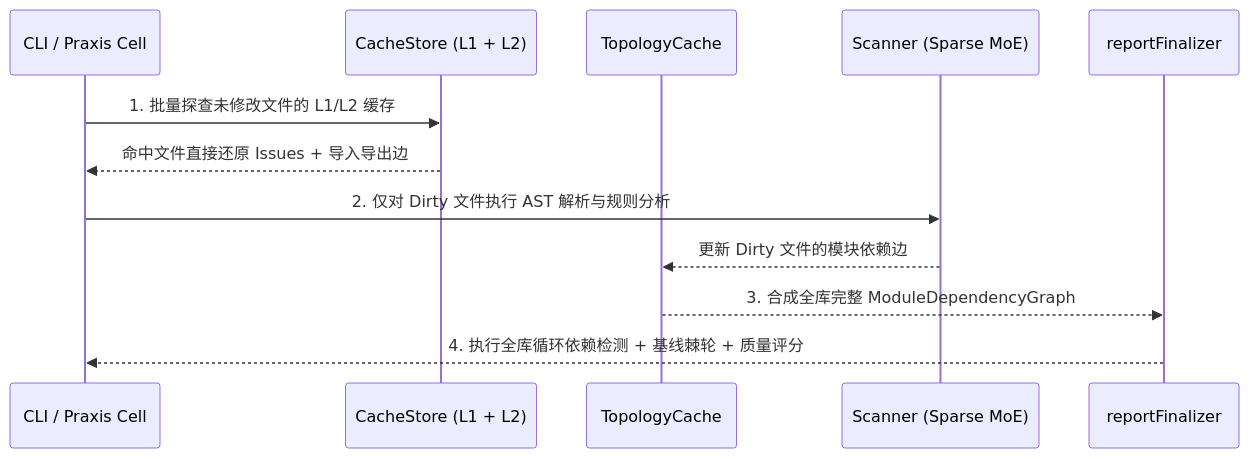
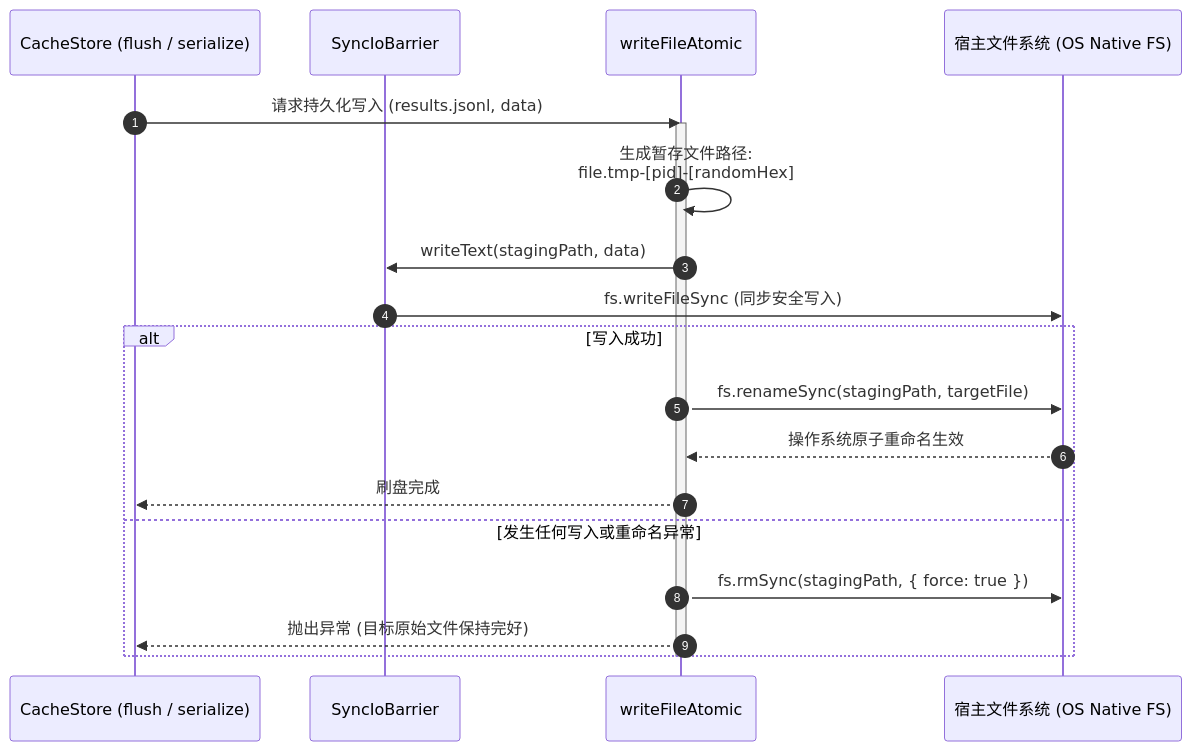
One commit to guilingzhouyi-creator/vscode-extensions changed the fourth of 4 diagrams in auto-refactor/docs/01-architecture/02-pipeline-and-caching.md. Above: the diagram before and after it, drawn with Mermaid. The commit also changed other lines of this file and 28 other files, not shown here.

First line of the commit message:
docs(architecture): 全量对齐系统架构与规则体系技术文档

````diff
--- a/auto-refactor/docs/01-architecture/02-pipeline-and-caching.md
+++ b/auto-refactor/docs/01-architecture/02-pipeline-and-caching.md
@@ -39,15 +207,23 @@
 ```mermaid
 sequenceDiagram
-    participant Caller as CLI / Praxis Cell
-    participant Cache as CacheStore (L1 + L2)
-    participant Topology as TopologyCache
-    participant Scanner as Scanner (Sparse MoE)
-    participant Finalizer as reportFinalizer
+  autonumber
+  participant Cache as CacheStore (flush / serialize)
+  participant Barrier as SyncIoBarrier
+  participant Atomic as writeFileAtomic
+  participant FS as 宿主文件系统 (OS Native FS)
 
-    Caller->>Cache: 1. 批量探查未修改文件的 L1/L2 缓存
-    Cache-->>Caller: 命中文件直接还原 Issues + 导入导出边
-    Caller->>Scanner: 2. 仅对 Dirty 文件执行 AST 解析与规则分析
-    Scanner-->>Topology: 更新 Dirty 文件的模块依赖边
-    Topology-->>Finalizer: 3. 合成全库完整 ModuleDependencyGraph
-    Finalizer-->>Caller: 4. 执行全库循环依赖检测 + 基线棘轮 + 质量评分
+  Cache->>Atomic: 请求持久化写入 (results.jsonl, data)
+  activate Atomic
+  Atomic->>Atomic: 生成暂存文件路径:<br/>file.tmp-[pid]-[randomHex]
+  Atomic->>Barrier: writeText(stagingPath, data)
+  Barrier->>FS: fs.writeFileSync (同步安全写入)
+  alt 写入成功
+    Atomic->>FS: fs.renameSync(stagingPath, targetFile)
+    FS-->>Atomic: 操作系统原子重命名生效
+    Atomic-->>Cache: 刷盘完成
+  else 发生任何写入或重命名异常
+    Atomic->>FS: fs.rmSync(stagingPath, { force: true })
+    Atomic-->>Cache: 抛出异常 (目标原始文件保持完好)
+  end
+  deactivate Atomic
 ```
````
